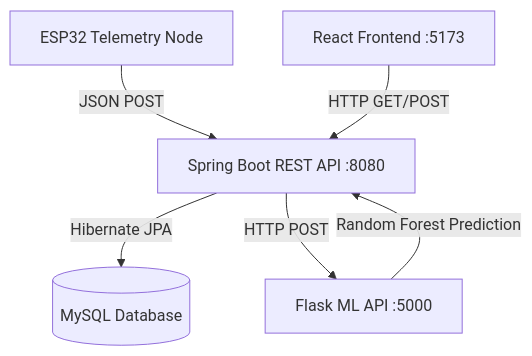
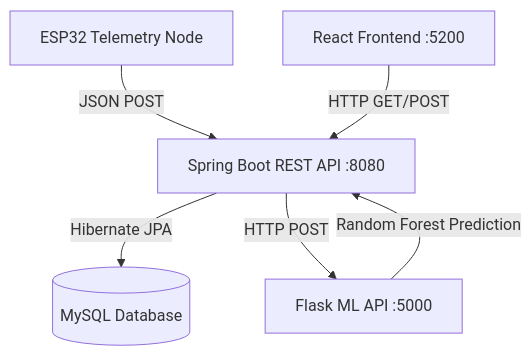
One commit to Ganesh40292/aqualytica changed the diagram in README.md. Above: the diagram before and after it, drawn with Mermaid. The commit also changed other lines of this file and 55 other files, not shown here.

````diff
--- a/README.md
+++ b/README.md
@@ -16,8 +16,8 @@
 ```mermaid
 graph TD
     ESP32[ESP32 Telemetry Node] -->|JSON POST| SpringBoot[Spring Boot REST API :8080]
     SpringBoot -->|Hibernate JPA| MySQL[(MySQL Database)]
     SpringBoot -->|HTTP POST| Flask[Flask ML API :5000]
     Flask -->|Random Forest Prediction| SpringBoot
-    React[React Frontend :5173] -->|HTTP GET/POST| SpringBoot
+    React[React Frontend :5200] -->|HTTP GET/POST| SpringBoot
 ```
````
